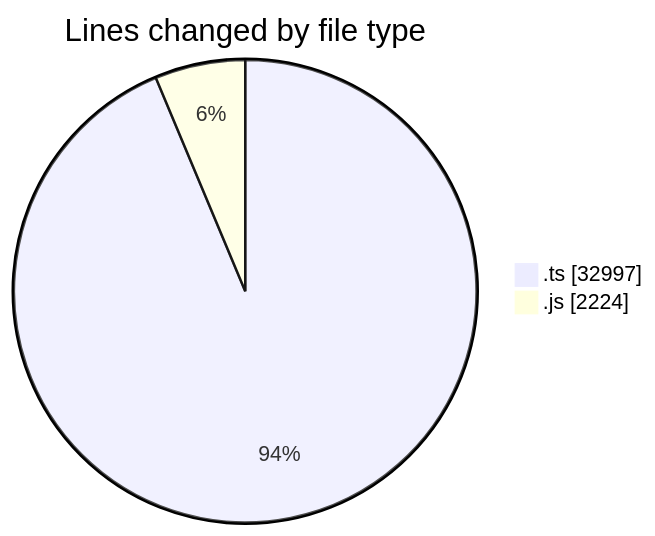
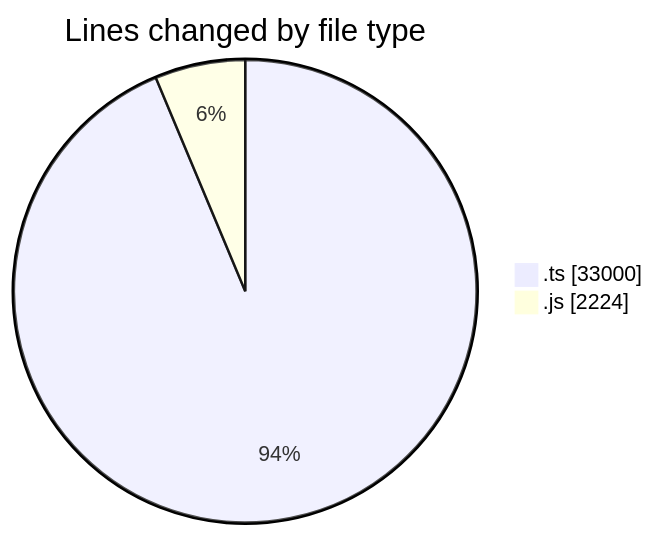
One commit to momahboobian/code-tracking changed the first of 2 diagrams in 2025-06-26/cda/README.md. Above: the diagram before and after it, drawn with Mermaid. The commit also changed other lines of this file and 1 other file, not shown here.

````diff
--- a/2025-06-26/cda/README.md
+++ b/2025-06-26/cda/README.md
@@ -35,6 +35,6 @@
 ```mermaid
 pie showData
 title Lines changed by file type
-".ts" : 32997
+".ts" : 33000
 ".js" : 2224
 ```
````
